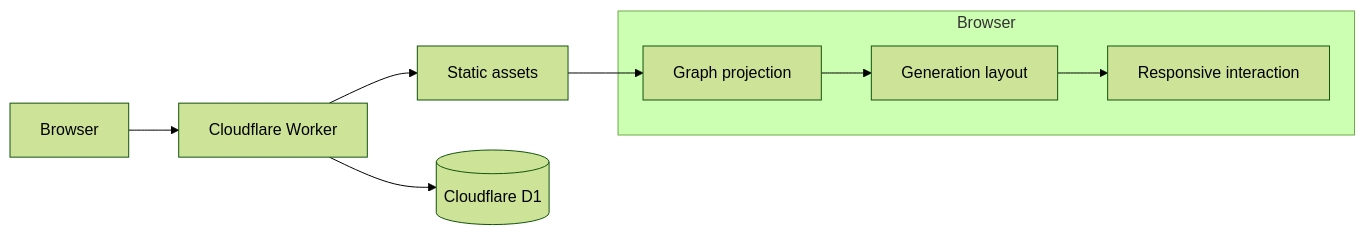
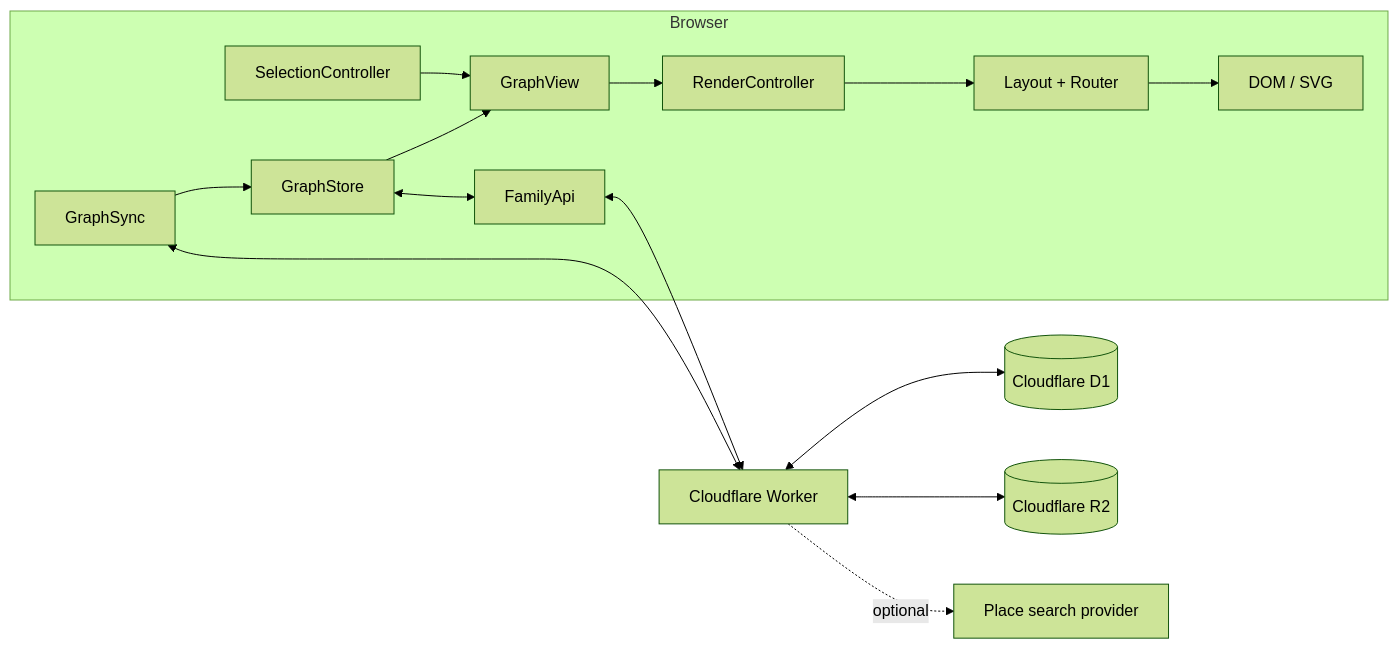
One commit to guybarnahum/family_tree changed the first of 2 diagrams in README.md. Above: the diagram before and after it, drawn with Mermaid (forest theme). The commit also changed other lines of this file, not shown here.

````diff
--- a/README.md
+++ b/README.md
@@ -52,16 +56,27 @@
 ```mermaid
 flowchart LR
-    B[Browser] --> W[Cloudflare Worker]
-    W --> A[Static assets]
-    W --> D[(Cloudflare D1)]
+    subgraph Browser
+        S[SelectionController]
+        G[GraphStore]
+        V[GraphView]
+        R[RenderController]
+        L[Layout + Router]
+        UI[DOM / SVG]
+        A[FamilyApi]
+        Y[GraphSync]
 
-    subgraph Browser
-        G[Graph projection]
-        L[Generation layout]
-        U[Responsive interaction]
+        S --> V
+        G --> V
+        V --> R
+        R --> L
+        L --> UI
+        G <--> A
+        Y --> G
     end
 
-    A --> G
-    G --> L
-    L --> U
+    A <--> W[Cloudflare Worker]
+    Y <--> W
+    W <--> D[(Cloudflare D1)]
+    W <--> O[(Cloudflare R2)]
+    W -. optional .-> P[Place search provider]
 ```
````
